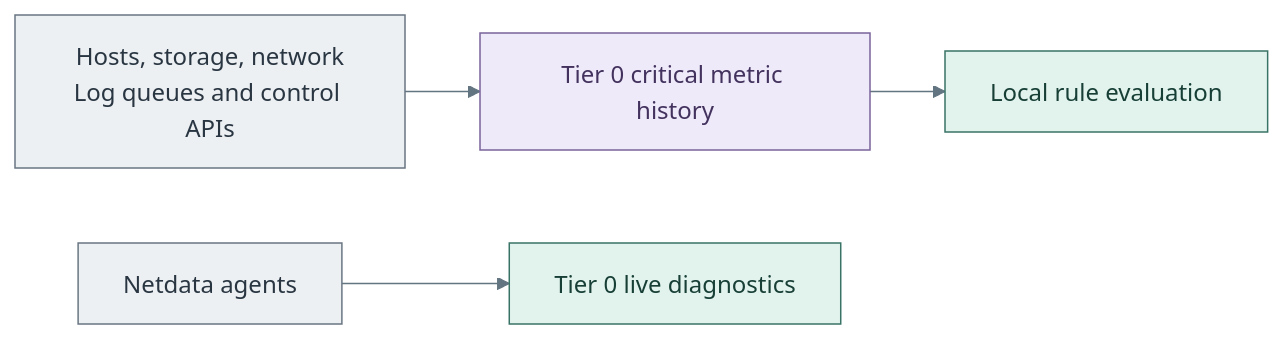
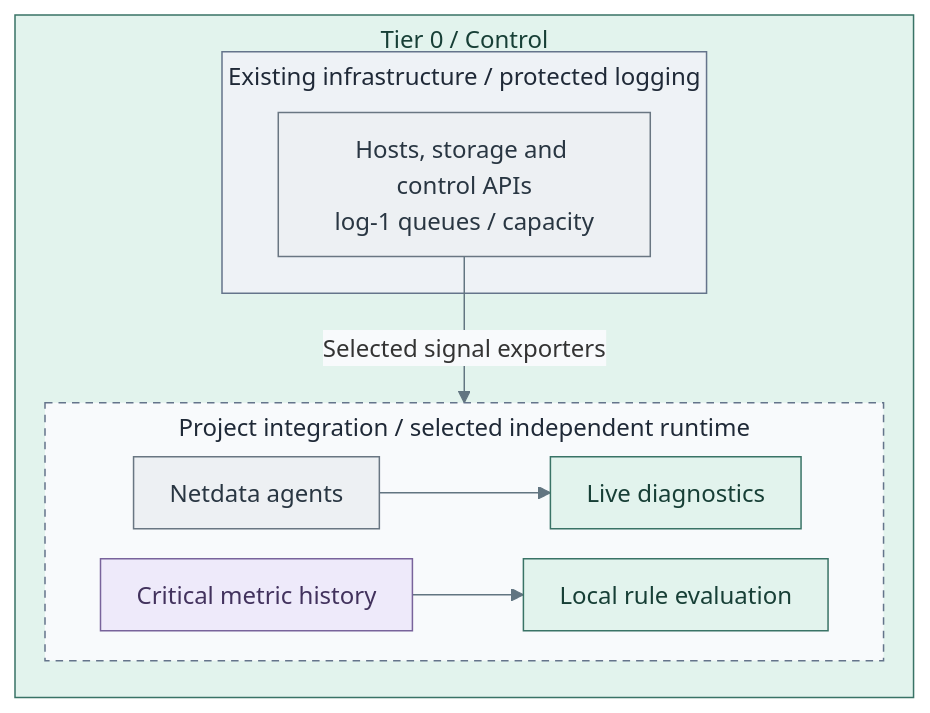
The second of 3 diagrams in docs/deployment/stage-4-control-services/monitoring.md (Rexus/homelab), drawn with Mermaid before and after one commit. The commit also changed other lines of this file and 60 other files, not shown here.

Commit message:
docs(diagrams): align architecture and deployment views with IaC

````diff
--- a/docs/deployment/stage-4-control-services/monitoring.md
+++ b/docs/deployment/stage-4-control-services/monitoring.md
@@ -50,14 +66,29 @@
 ```mermaid
-%%{init: {"theme":"base","themeVariables":{"lineColor":"#627581","edgeLabelBackground":"#f8fafc"}}}%%
+%%{init: {"theme":"base","flowchart":{"nodeSpacing":20,"rankSpacing":24,"padding":12,"subGraphTitleMargin":{"top":4,"bottom":12}},"themeVariables":{"lineColor":"#627581","edgeLabelBackground":"#f8fafc"}}}%%
 flowchart LR
-  Sources["Hosts, storage, network<br/>Log queues and control APIs"] --> Metrics["Tier 0 critical metric history"]
-  Agents["Netdata agents"] --> Parent["Tier 0 live diagnostics"]
-  Metrics --> Rules["Local rule evaluation"]
+  subgraph T0["Tier 0 / Control"]
+    subgraph Existing["Existing infrastructure / protected logging"]
+      Sources["Hosts, storage and control APIs<br/>log-1 queues / capacity"]
+    end
+    subgraph Project["Project integration / selected independent runtime"]
+      Agents["Netdata agents"]
+      Parent["Live diagnostics"]
+      Metrics["Critical metric history"]
+      Rules["Local rule evaluation"]
+      Agents --> Parent
+      Metrics --> Rules
+    end
+    Sources -->|Selected signal exporters| Project
+  end
   classDef default fill:#f8fafc,stroke:#64748b,color:#1f2937
   classDef actor fill:#edf0f3,stroke:#697682,color:#293642
   classDef data fill:#eeeafa,stroke:#78639b,color:#42325d
   classDef control fill:#e2f3ed,stroke:#397366,color:#173f36
+  classDef boundary fill:#eef2f6,stroke:#64748b,color:#1f2937
+  classDef replicas fill:#f8fafc,stroke:#64748b,color:#1f2937,stroke-dasharray:5 4
   class Sources,Agents actor
   class Metrics data
-  class Parent,Rules control
+  class T0,Parent,Rules control
+  class Existing boundary
+  class Project replicas
 ```
````
